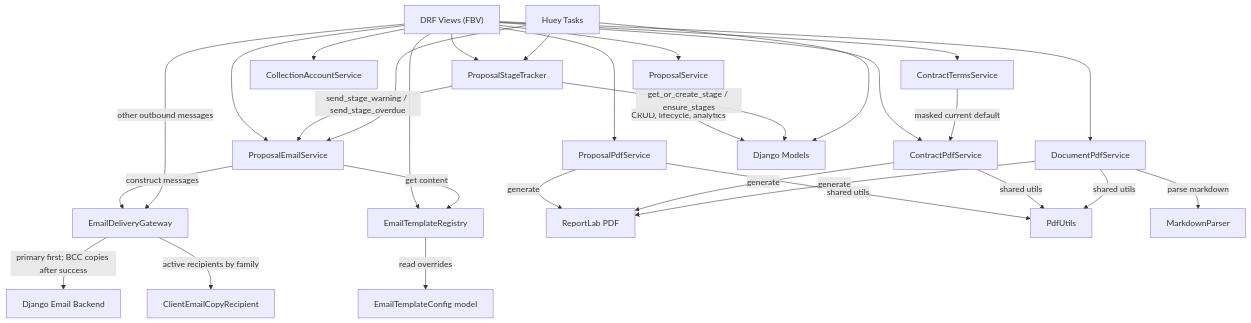
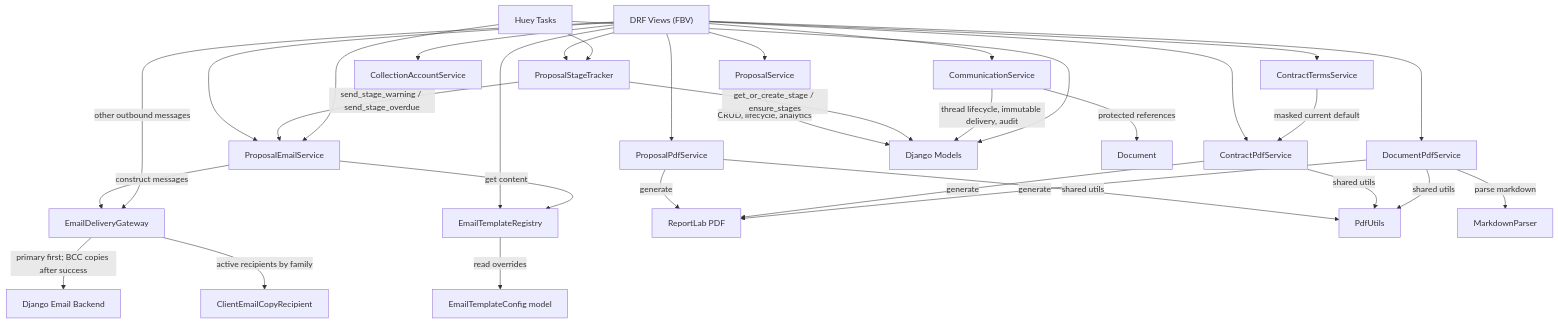
The sixth of 15 diagrams in docs/methodology/architecture.md (gustavop-dev/projectapp), drawn with Mermaid before and after one commit. The commit also changed other lines of this file and 54 other files, not shown here.

````diff
--- a/docs/methodology/architecture.md
+++ b/docs/methodology/architecture.md
@@ -246,34 +258,37 @@
 ```mermaid
 flowchart TD
     Views["DRF Views (FBV)"] --> PS["ProposalService"]
     Views --> PES["ProposalEmailService"]
     Views --> PPDF["ProposalPdfService"]
     Views --> CPDF["ContractPdfService"]
     Views --> CTS["ContractTermsService"]
     Views --> ETR["EmailTemplateRegistry"]
     Views --> DPS["DocumentPdfService"]
+    Views --> CMS["CommunicationService"]
     Views --> CAS["CollectionAccountService"]
     Views --> PST["ProposalStageTracker"]
 
     PS -->|CRUD, lifecycle, analytics| Models["Django Models"]
     PES -->|construct messages| EDG["EmailDeliveryGateway"]
     Views -->|other outbound messages| EDG
     EDG -->|primary first; BCC copies after success| SMTP["Django Email Backend"]
     EDG -->|active recipients by family| CECR["ClientEmailCopyRecipient"]
     PES -->|get content| ETR
     PST -->|get_or_create_stage / ensure_stages| Models
     PST -->|send_stage_warning / send_stage_overdue| PES
     PPDF -->|generate| ReportLab["ReportLab PDF"]
     PPDF -->|shared utils| PU["PdfUtils"]
     CPDF -->|generate| ReportLab
     CPDF -->|shared utils| PU
     CTS -->|masked current default| CPDF
     DPS -->|generate| ReportLab
     DPS -->|shared utils| PU
     DPS -->|parse markdown| MP["MarkdownParser"]
+    CMS -->|thread lifecycle, immutable delivery, audit| Models
+    CMS -->|protected references| Documents["Document"]
     ETR -->|read overrides| ETC["EmailTemplateConfig model"]
 
     HueyTasks["Huey Tasks"] --> PES
     HueyTasks --> PST
     HueyTasks --> Models
 ```
````
